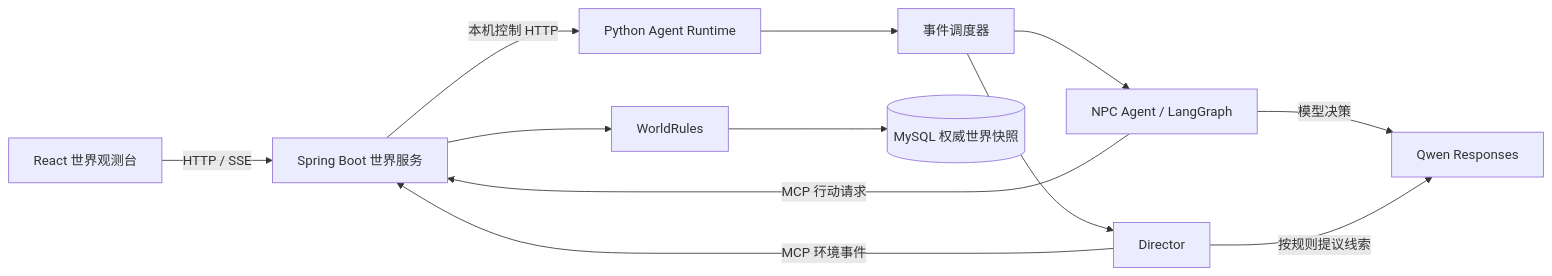
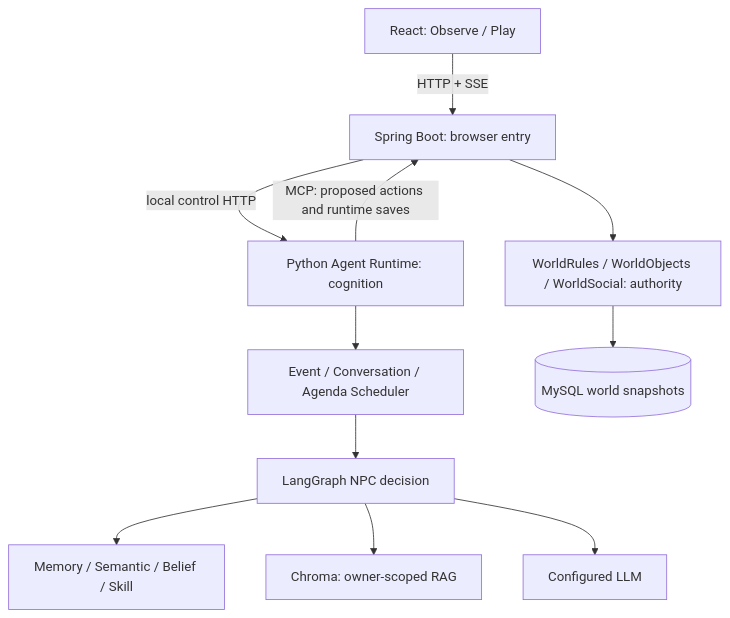
Before and after one commit to wb2467113791/NovelWorld: the first of 2 diagrams in README.md, drawn with Mermaid. The commit also changed other lines of this file and 18 other files, not shown here.

````diff
--- a/README.md
+++ b/README.md
@@ -9,14 +23,13 @@
 ```mermaid
-flowchart LR
-  UI[React 世界观测台] -->|HTTP / SSE| J[Spring Boot 世界服务]
-  J -->|本机控制 HTTP| P[Python Agent Runtime]
-  P --> S[事件调度器]
-  S --> N[NPC Agent / LangGraph]
-  S --> D[Director]
-  N -->|模型决策| L[Qwen Responses]
-  D -->|按规则提议线索| L
-  N -->|MCP 行动请求| J
-  D -->|MCP 环境事件| J
-  J --> R[WorldRules]
-  R --> M[(MySQL 权威世界快照)]
+flowchart TD
+  UI[React: Observe / Play] -->|HTTP + SSE| J[Spring Boot: browser entry]
+  J -->|local control HTTP| P[Python Agent Runtime: cognition]
+  P --> S[Event / Conversation / Agenda Scheduler]
+  S --> G[LangGraph NPC decision]
+  G --> C[Memory / Semantic / Belief / Skill]
+  G --> R[Chroma: owner-scoped RAG]
+  G --> L[Configured LLM]
+  P -->|MCP: proposed actions and runtime saves| J
+  J --> W[WorldRules / WorldObjects / WorldSocial: authority]
+  W --> DB[(MySQL world snapshots)]
 ```
````
